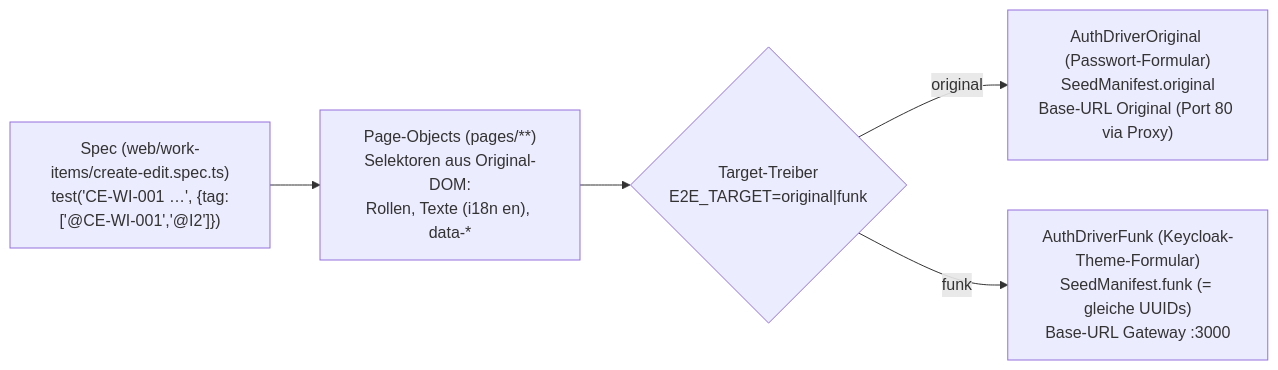
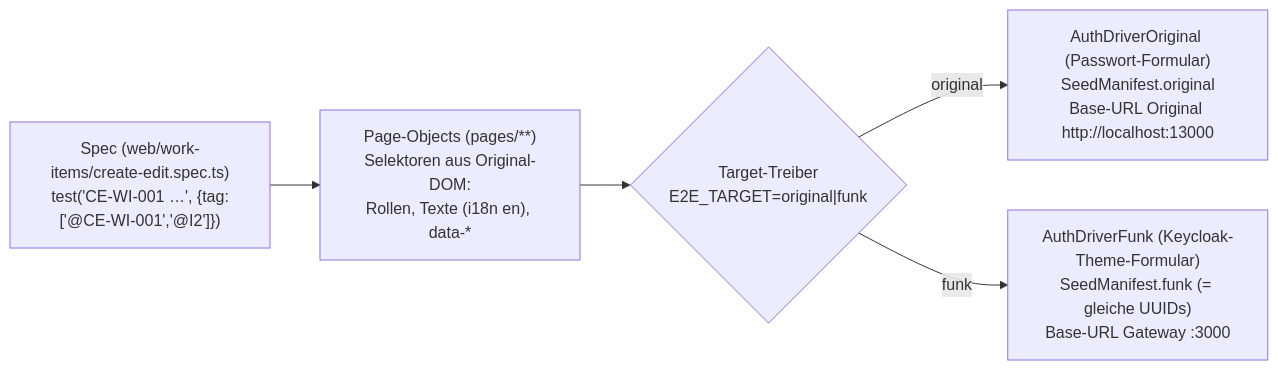
Before and after one commit to mlwr/plane: the fourth of 6 diagrams in migration/architecture/15-teststrategie-qualitaet-paritaet.md, drawn with Mermaid. The commit also changed other lines of this file and 11 other files, not shown here.

````diff
--- a/migration/architecture/15-teststrategie-qualitaet-paritaet.md
+++ b/migration/architecture/15-teststrategie-qualitaet-paritaet.md
@@ -605,7 +622,7 @@
 ```mermaid
 flowchart LR
   Spec["Spec (web/work-items/create-edit.spec.ts)<br/>test('CE-WI-001 …', {tag:['@CE-WI-001','@I2']})"] --> PO["Page-Objects (pages/**)<br/>Selektoren aus Original-DOM:<br/>Rollen, Texte (i18n en), data-*"]
   PO --> Drv{"Target-Treiber<br/>E2E_TARGET=original|funk"}
-  Drv -->|original| O["AuthDriverOriginal (Passwort-Formular)<br/>SeedManifest.original<br/>Base-URL Original (Port 80 via Proxy)"]
+  Drv -->|original| O["AuthDriverOriginal (Passwort-Formular)<br/>SeedManifest.original<br/>Base-URL Original http://localhost:13000"]
   Drv -->|funk| F["AuthDriverFunk (Keycloak-Theme-Formular)<br/>SeedManifest.funk (= gleiche UUIDs)<br/>Base-URL Gateway :3000"]
 ```
````
